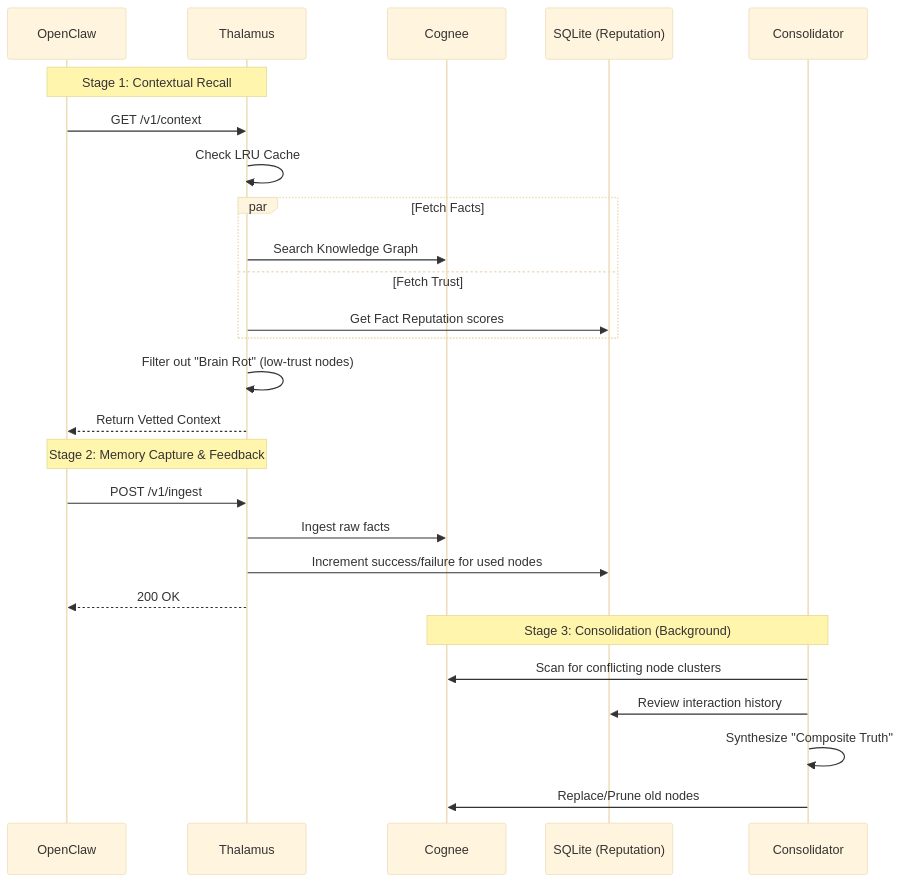
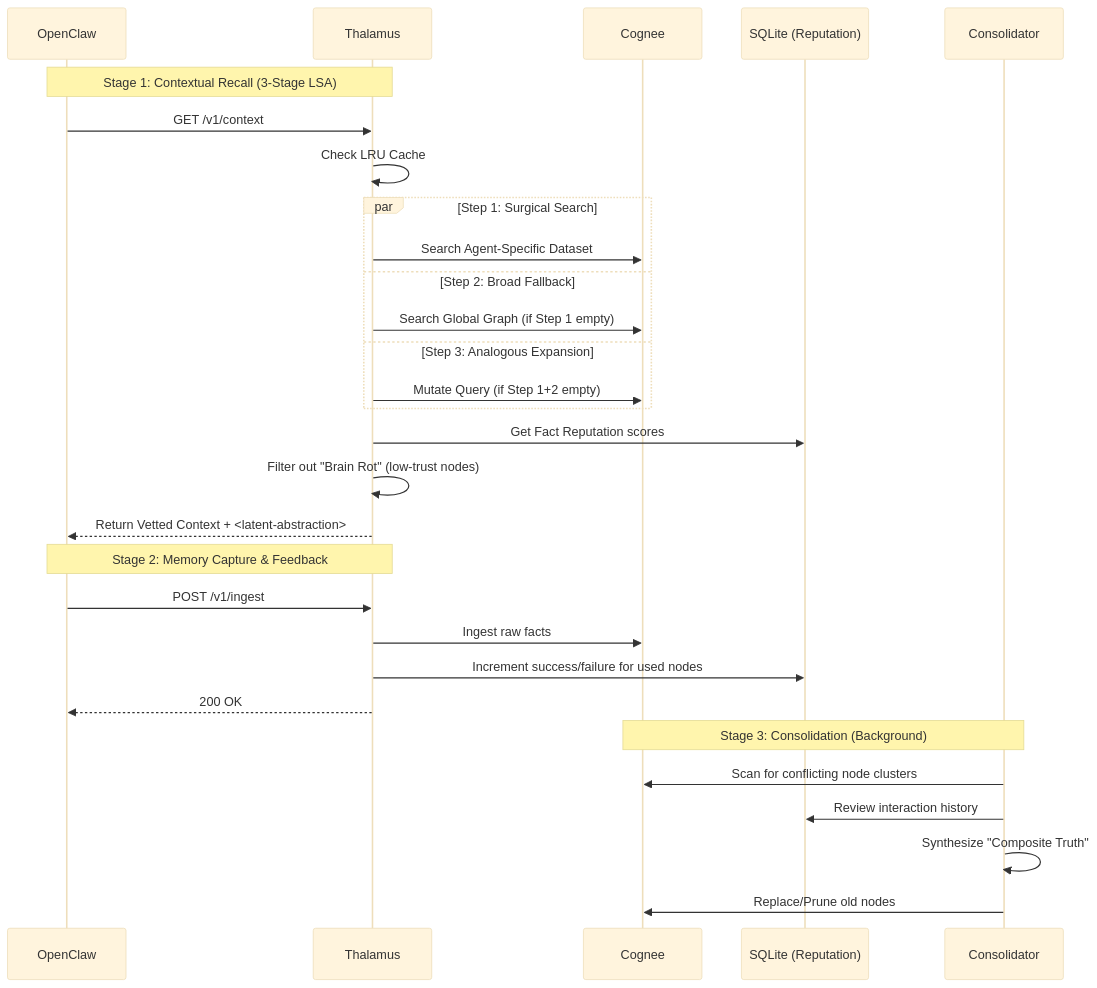
The second of 2 diagrams in docs/architecture.md (JuanHuaXu/thalamus), drawn with Mermaid (base theme) before and after one commit. The commit also changed 3 other files, not shown here.

````diff
--- a/docs/architecture.md
+++ b/docs/architecture.md
@@ -52,31 +52,34 @@
 ```mermaid
 sequenceDiagram
     participant OC as OpenClaw
     participant MW as Thalamus
     participant CG as Cognee
     participant SL as SQLite (Reputation)
     participant CE as Consolidator
     
-    Note over OC,MW: Stage 1: Contextual Recall
+    Note over OC,MW: Stage 1: Contextual Recall (3-Stage LSA)
     OC->>MW: GET /v1/context
     MW->>MW: Check LRU Cache
-    par Fetch Facts
-        MW->>CG: Search Knowledge Graph
-    and Fetch Trust
-        MW->>SL: Get Fact Reputation scores
+    par Step 1: Surgical Search
+        MW->>CG: Search Agent-Specific Dataset
+    and Step 2: Broad Fallback
+        MW->>CG: Search Global Graph (if Step 1 empty)
+    and Step 3: Analogous Expansion
+        MW->>CG: Mutate Query (if Step 1+2 empty)
     end
+    MW->>SL: Get Fact Reputation scores
     MW->>MW: Filter out "Brain Rot" (low-trust nodes)
-    MW-->>OC: Return Vetted Context
+    MW-->>OC: Return Vetted Context + <latent-abstraction>
     
     Note over OC,MW: Stage 2: Memory Capture & Feedback
     OC->>MW: POST /v1/ingest
     MW->>CG: Ingest raw facts
     MW->>SL: Increment success/failure for used nodes
     MW-->>OC: 200 OK
     
     Note over CE,CG: Stage 3: Consolidation (Background)
     CE->>CG: Scan for conflicting node clusters
     CE->>SL: Review interaction history
     CE->>CE: Synthesize "Composite Truth"
     CE->>CG: Replace/Prune old nodes
 ```
````
